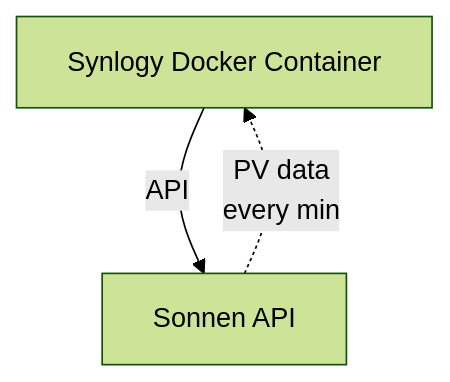
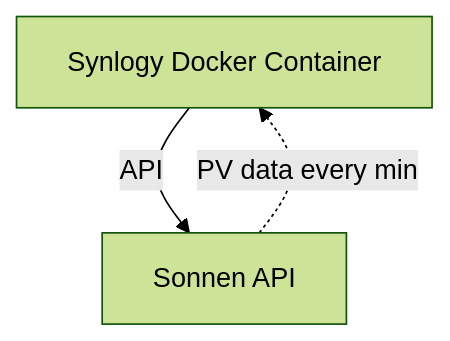
One commit to schwabenschulle/pvcharger changed the diagram in README.md. Above: the diagram before and after it, drawn with Mermaid (forest theme).

````diff
--- a/README.md
+++ b/README.md
@@ -22,6 +22,5 @@
 ```mermaid
 graph TD
 A[Synlogy Docker Container] -->|API| B[Sonnen API]
-B[Sonnen API] -.->|PV data
-                   every min| A[Synlogy Docker Container]
+B[Sonnen API] -.->|PV data every min| A[Synlogy Docker Container]
 ```
````
